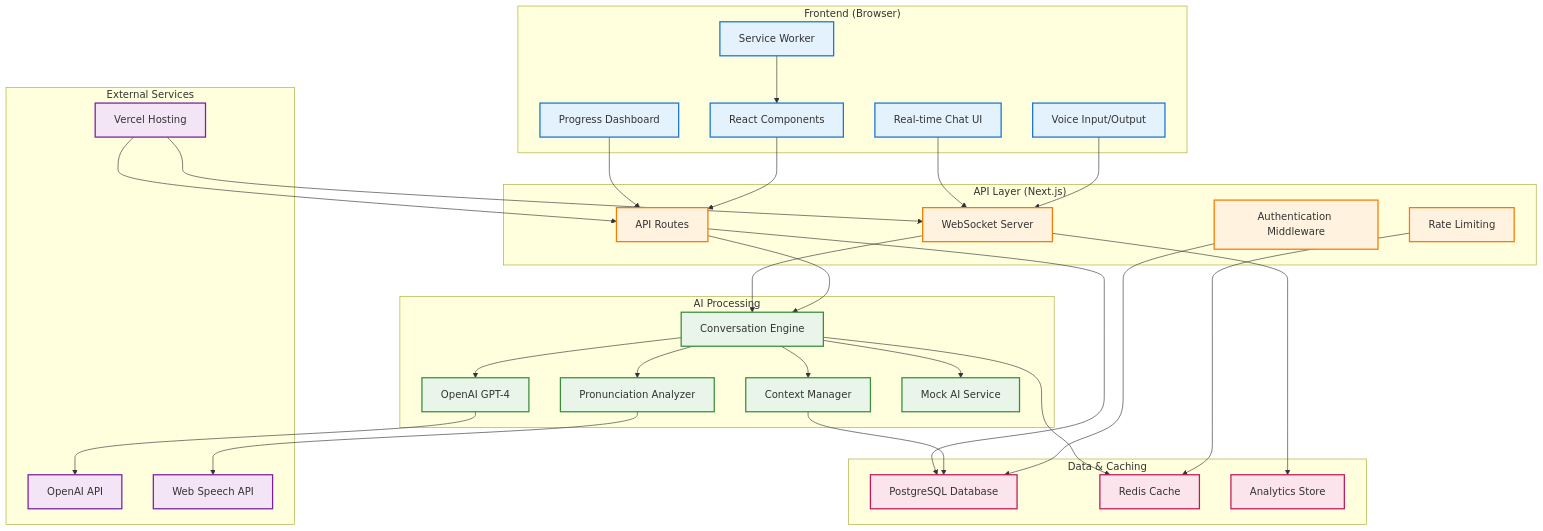
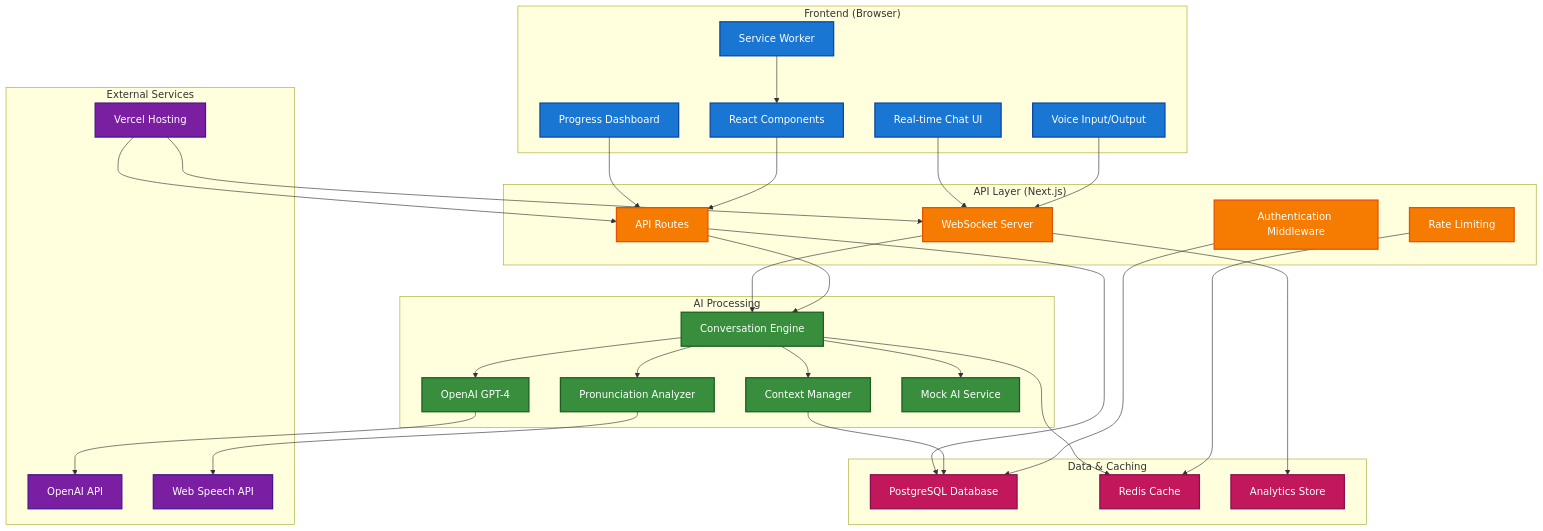
The first of 4 diagrams in docs/TECHNICAL_ARCHITECTURE.md (PriscillaOng12/LinguaAI), drawn with Mermaid before and after one commit.

````diff
--- a/docs/TECHNICAL_ARCHITECTURE.md
+++ b/docs/TECHNICAL_ARCHITECTURE.md
@@ -15,75 +15,75 @@
 ```mermaid
 graph TB
     subgraph "Frontend (Browser)"
         A[React Components]
         B[Voice Input/Output]
         C[Real-time Chat UI]
         D[Progress Dashboard]
         E[Service Worker]
     end
     
     subgraph "API Layer (Next.js)"
         F[API Routes]
         G[WebSocket Server]
         H[Authentication Middleware]
         I[Rate Limiting]
     end
     
     subgraph "AI Processing"
         J[Conversation Engine]
         K[OpenAI GPT-4]
         L[Context Manager]
         M[Pronunciation Analyzer]
         N[Mock AI Service]
     end
     
     subgraph "Data & Caching"
         O[PostgreSQL Database]
         P[Redis Cache]
         Q[Analytics Store]
     end
     
     subgraph "External Services"
         R[Vercel Hosting]
         S[OpenAI API]
         T[Web Speech API]
     end
     
     A --> F
     B --> G
     C --> G
     D --> F
     E --> A
     
     F --> J
     G --> J
     H --> O
     I --> P
     
     J --> K
     J --> L
     J --> M
     J --> N
     L --> O
     K --> S
     M --> T
     
     J --> P
     F --> O
     G --> Q
     
     R --> F
     R --> G
     
-    classDef frontend fill:#e3f2fd,stroke:#1976d2,stroke-width:2px
-    classDef api fill:#fff3e0,stroke:#f57c00,stroke-width:2px
-    classDef ai fill:#e8f5e8,stroke:#388e3c,stroke-width:2px
-    classDef data fill:#fce4ec,stroke:#c2185b,stroke-width:2px
-    classDef external fill:#f3e5f5,stroke:#7b1fa2,stroke-width:2px
+    classDef frontend fill:#1976d2,stroke:#0d47a1,stroke-width:2px,color:#ffffff
+    classDef api fill:#f57c00,stroke:#e65100,stroke-width:2px,color:#ffffff
+    classDef ai fill:#388e3c,stroke:#1b5e20,stroke-width:2px,color:#ffffff
+    classDef data fill:#c2185b,stroke:#880e4f,stroke-width:2px,color:#ffffff
+    classDef external fill:#7b1fa2,stroke:#4a148c,stroke-width:2px,color:#ffffff
     
     class A,B,C,D,E frontend
     class F,G,H,I api
     class J,K,L,M,N ai
     class O,P,Q data
     class R,S,T external
 ```
````
